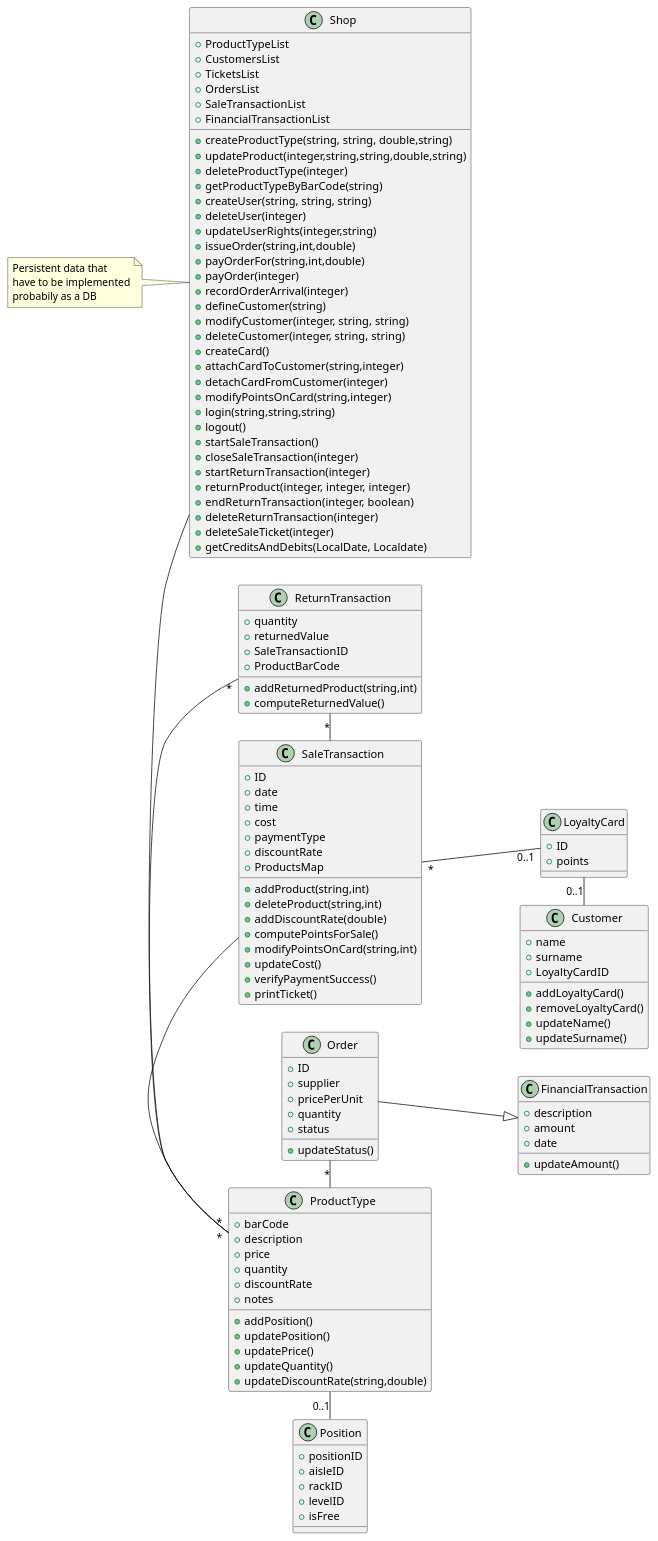
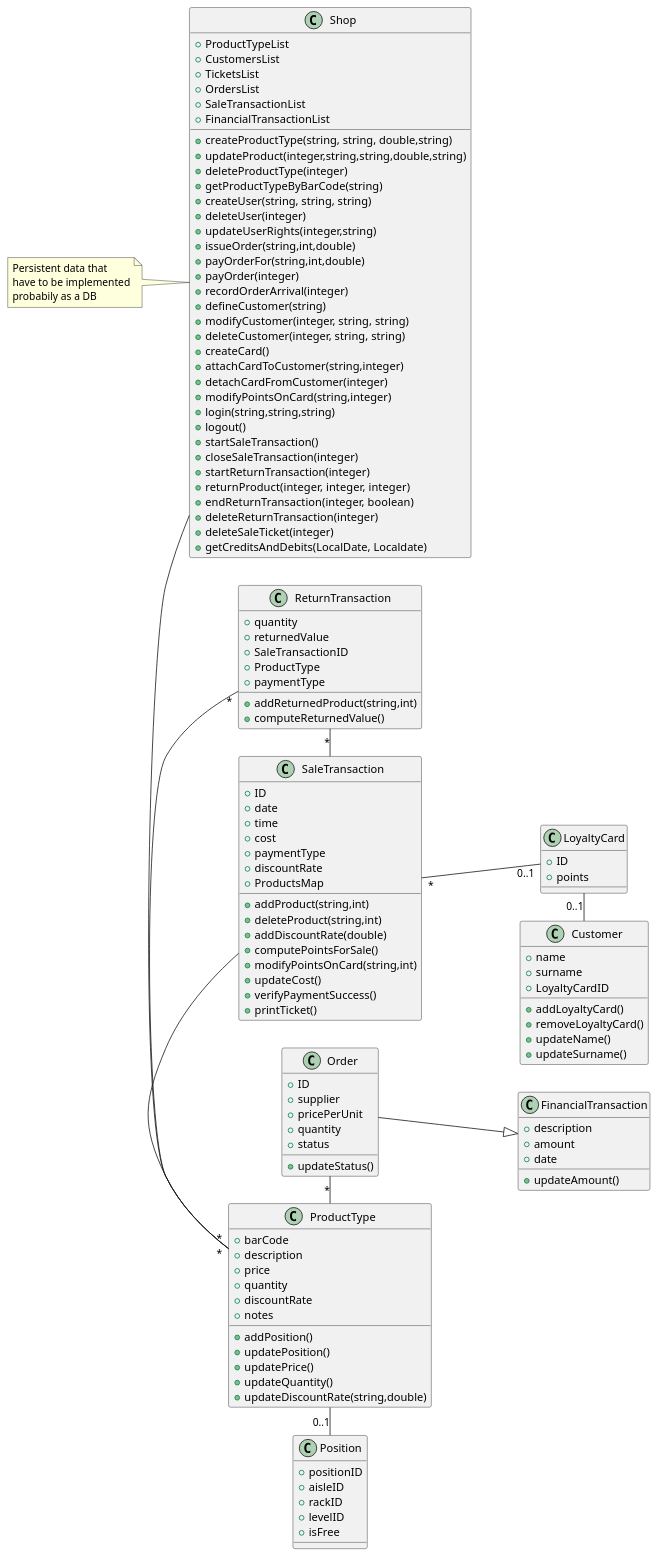
One commit to GrayNeel/SoftEngProject-EZShop changed the second of 5 diagrams in Deliverables/DesignDocument.md. Above: the diagram before and after it, drawn with PlantUML. The commit also changed other lines of this file, not shown here.

Commit message:
feat: added sequence diagram

```diff
--- a/Deliverables/DesignDocument.md
+++ b/Deliverables/DesignDocument.md
@@ -185,7 +185,8 @@
   +quantity
   +returnedValue
   +SaleTransactionID
-  +ProductBarCode
+  +ProductType
+  +paymentType
 
   +addReturnedProduct(string,int)
   +computeReturnedValue()
```
